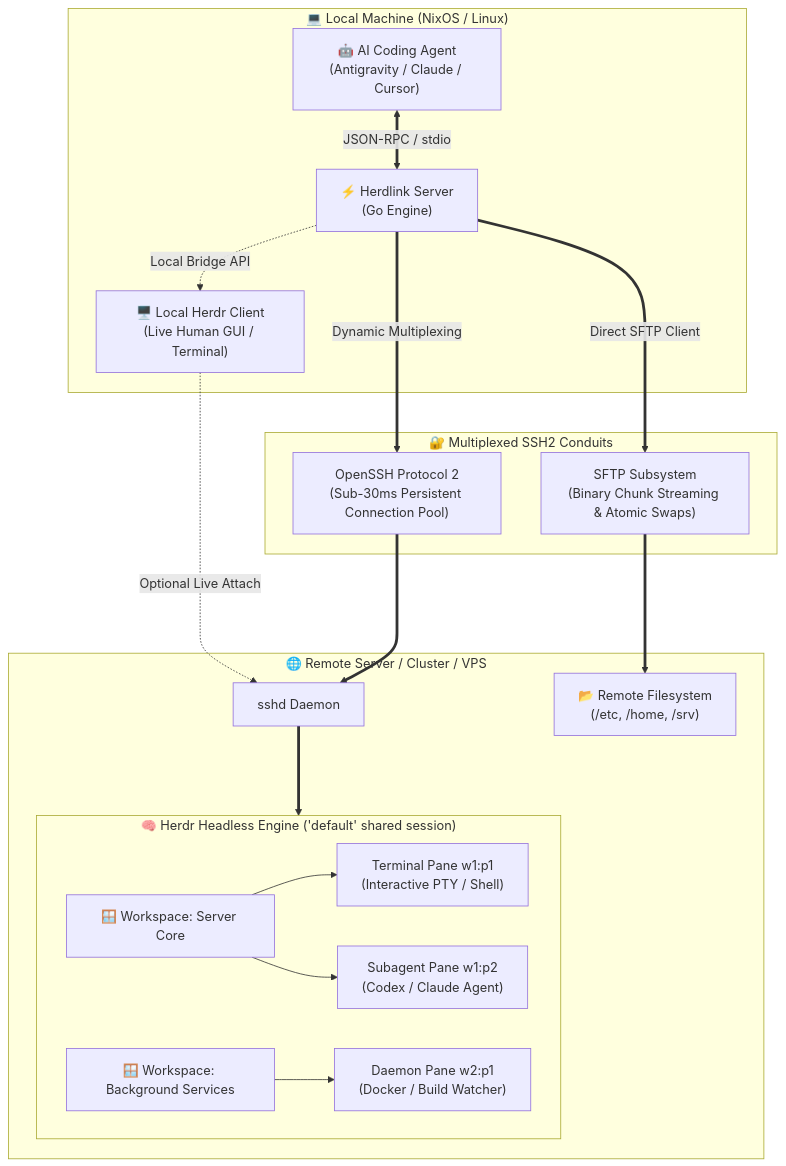
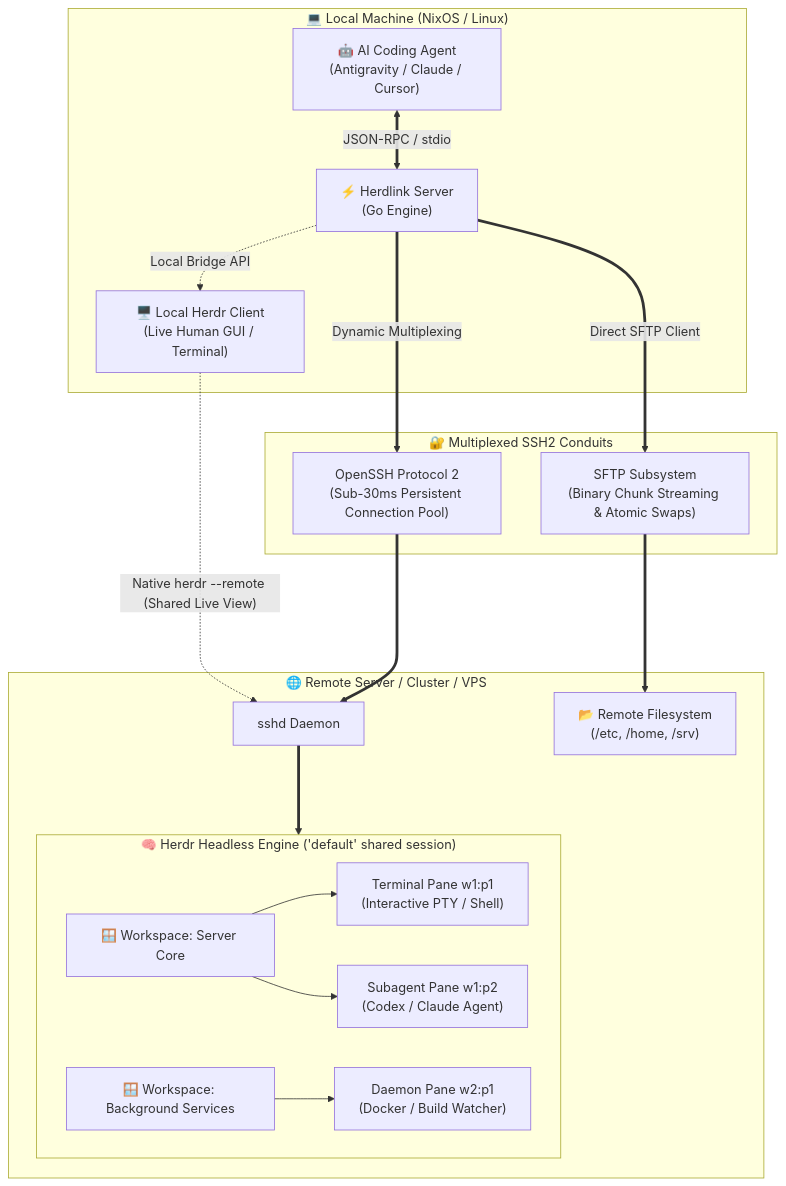
The diagram in README.md (surtr85/herdlink), drawn with Mermaid before and after one commit. The commit also changed other lines of this file, not shown here.

Commit message:
docs(readme): sync live S+ benchmark scorecard, shared session pair-programming, and clean nixos config

````diff
--- a/README.md
+++ b/README.md
@@ -76,44 +87,44 @@
 ```mermaid
 flowchart TD
     subgraph LocalSystem["💻 Local Machine (NixOS / Linux)"]
         Agent["🤖 AI Coding Agent<br/>(Antigravity / Claude / Cursor)"]
         MCP["⚡ Herdlink Server<br/>(Go Engine)"]
         LocalHerdr["🖥️ Local Herdr Client<br/>(Live Human GUI / Terminal)"]
         
         Agent <==>|"JSON-RPC / stdio"| MCP
         MCP -.->|"Local Bridge API"| LocalHerdr
     end
 
     subgraph SecureTunnel["🔐 Multiplexed SSH2 Conduits"]
         SSH["OpenSSH Protocol 2<br/>(Sub-30ms Persistent Connection Pool)"]
         SFTP["SFTP Subsystem<br/>(Binary Chunk Streaming & Atomic Swaps)"]
     end
 
     subgraph RemoteHost["🌐 Remote Server / Cluster / VPS"]
         SSHD["sshd Daemon"]
         
         subgraph HerdrDaemon["🧠 Herdr Headless Engine ('default' shared session)"]
             Workspace1["🪟 Workspace: Server Core"]
             Workspace2["🪟 Workspace: Background Services"]
             
             Pane1["Terminal Pane w1:p1<br/>(Interactive PTY / Shell)"]
             Pane2["Subagent Pane w1:p2<br/>(Codex / Claude Agent)"]
             Pane3["Daemon Pane w2:p1<br/>(Docker / Build Watcher)"]
         end
         
         Filesystem["📂 Remote Filesystem<br/>(/etc, /home, /srv)"]
     end
 
     MCP ===>|"Dynamic Multiplexing"| SSH
     MCP ===>|"Direct SFTP Client"| SFTP
     
     SSH ===> SSHD
     SSHD ===> HerdrDaemon
     SFTP ===> Filesystem
     
     Workspace1 --> Pane1
     Workspace1 --> Pane2
     Workspace2 --> Pane3
     
-    LocalHerdr -.->|"Optional Live Attach"| SSHD
+    LocalHerdr -.->|"Native herdr --remote (Shared Live View)"| SSHD
 ```
````
